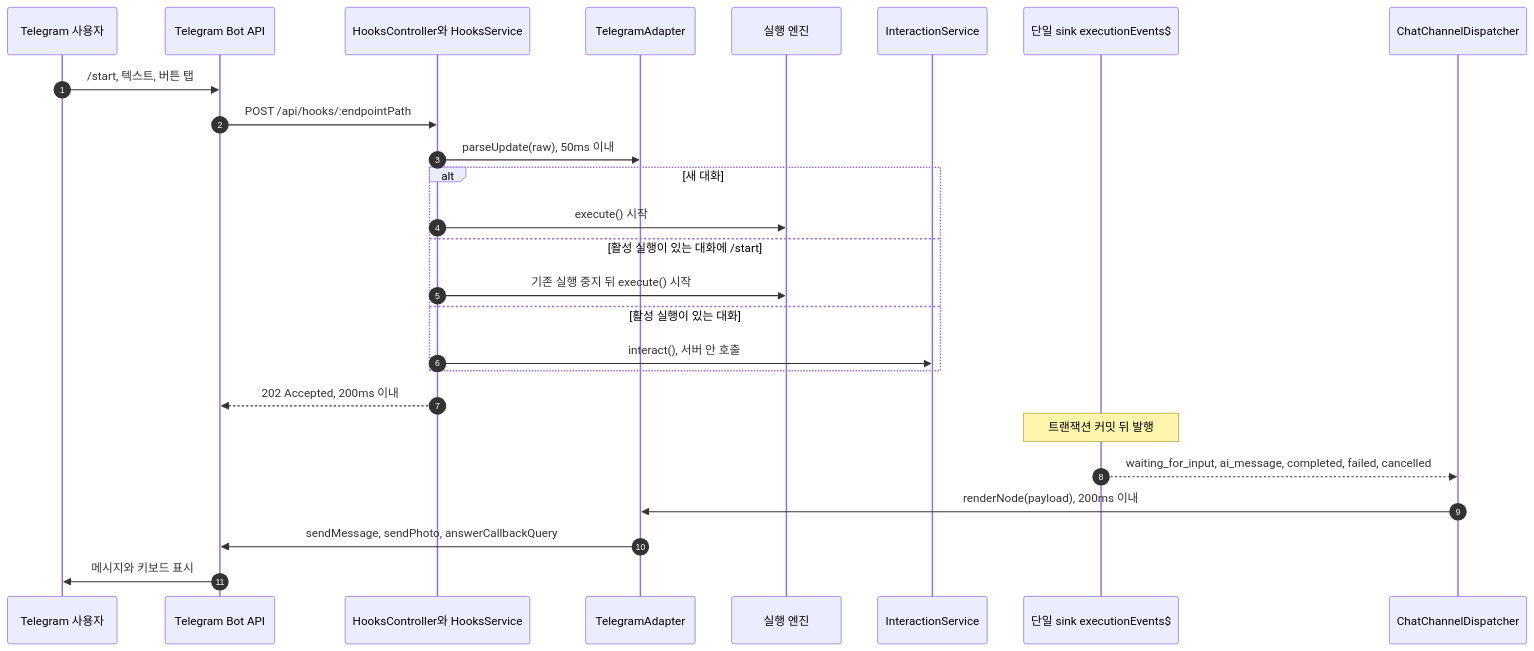
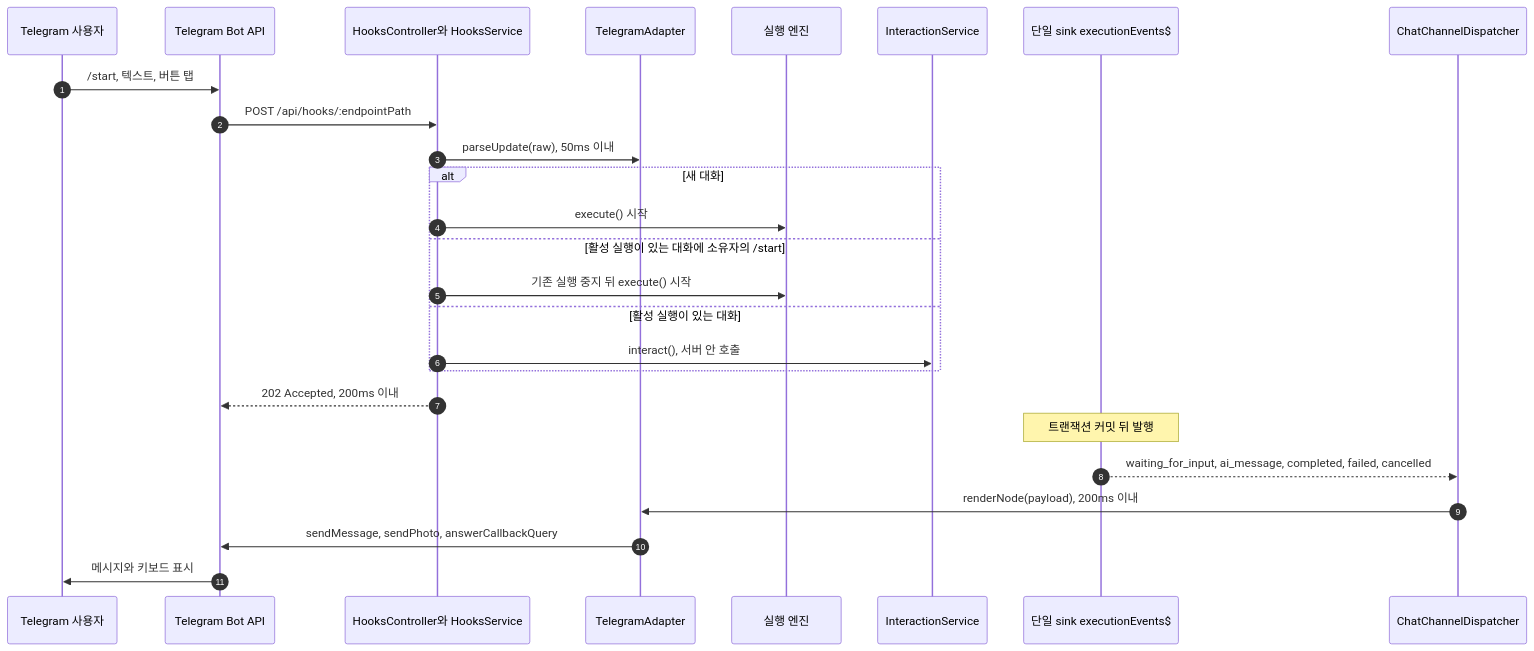
One commit to worker-ants/clemvion changed the first of 2 diagrams in spec/CLE-CHAT/CLE-CHAT-CORE-FLOW.md. Above: the diagram before and after it, drawn with Mermaid. The commit also changed other lines of this file and 45 other files, not shown here.

````diff
--- a/spec/CLE-CHAT/CLE-CHAT-CORE-FLOW.md
+++ b/spec/CLE-CHAT/CLE-CHAT-CORE-FLOW.md
@@ -35,28 +35,28 @@
 ```mermaid
 sequenceDiagram
   autonumber
   participant U as Telegram 사용자
   participant TG as Telegram Bot API
   participant H as HooksController와 HooksService
   participant A as TelegramAdapter
   participant E as 실행 엔진
   participant I as InteractionService
   participant S as 단일 sink executionEvents$
   participant D as ChatChannelDispatcher
   U->>TG: /start, 텍스트, 버튼 탭
   TG->>H: POST /api/hooks/:endpointPath
   H->>A: parseUpdate(raw), 50ms 이내
   alt 새 대화
     H->>E: execute() 시작
-  else 활성 실행이 있는 대화에 /start
+  else 활성 실행이 있는 대화에 소유자의 /start
     H->>E: 기존 실행 중지 뒤 execute() 시작
   else 활성 실행이 있는 대화
     H->>I: interact(), 서버 안 호출
   end
   H-->>TG: 202 Accepted, 200ms 이내
   Note over S: 트랜잭션 커밋 뒤 발행
   S-->>D: waiting_for_input, ai_message, completed, failed, cancelled
   D->>A: renderNode(payload), 200ms 이내
   A->>TG: sendMessage, sendPhoto, answerCallbackQuery
   TG->>U: 메시지와 키보드 표시
 ```
````
